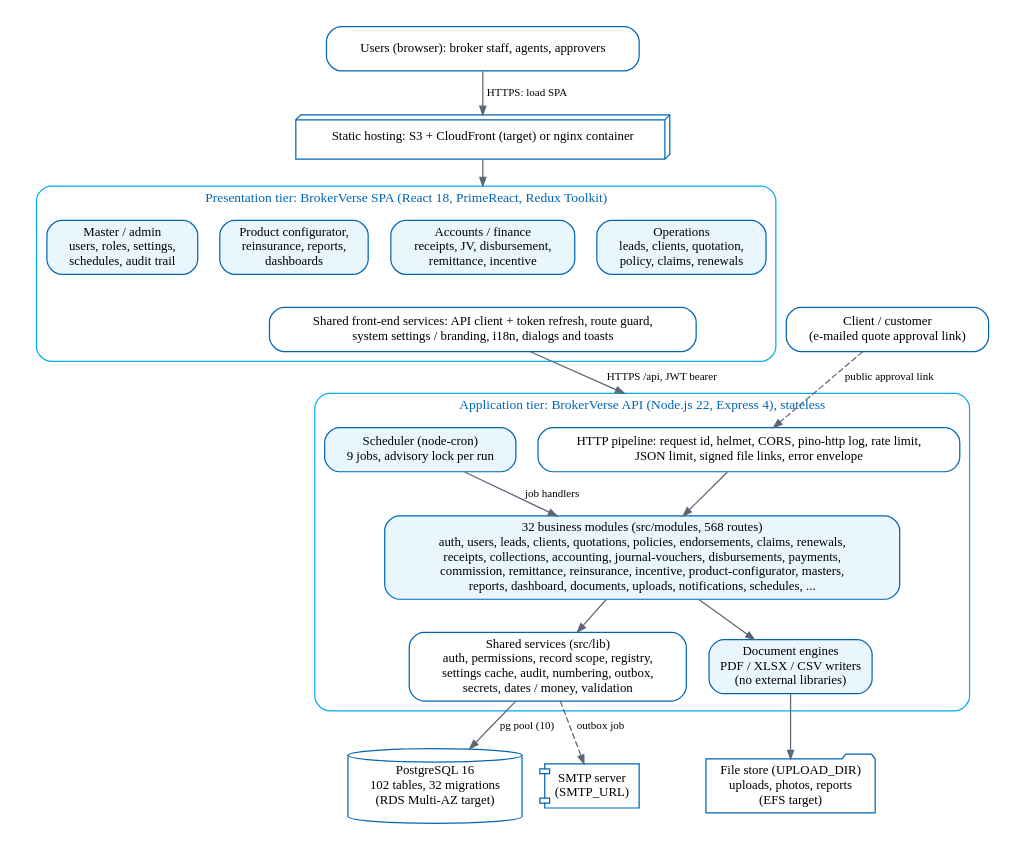
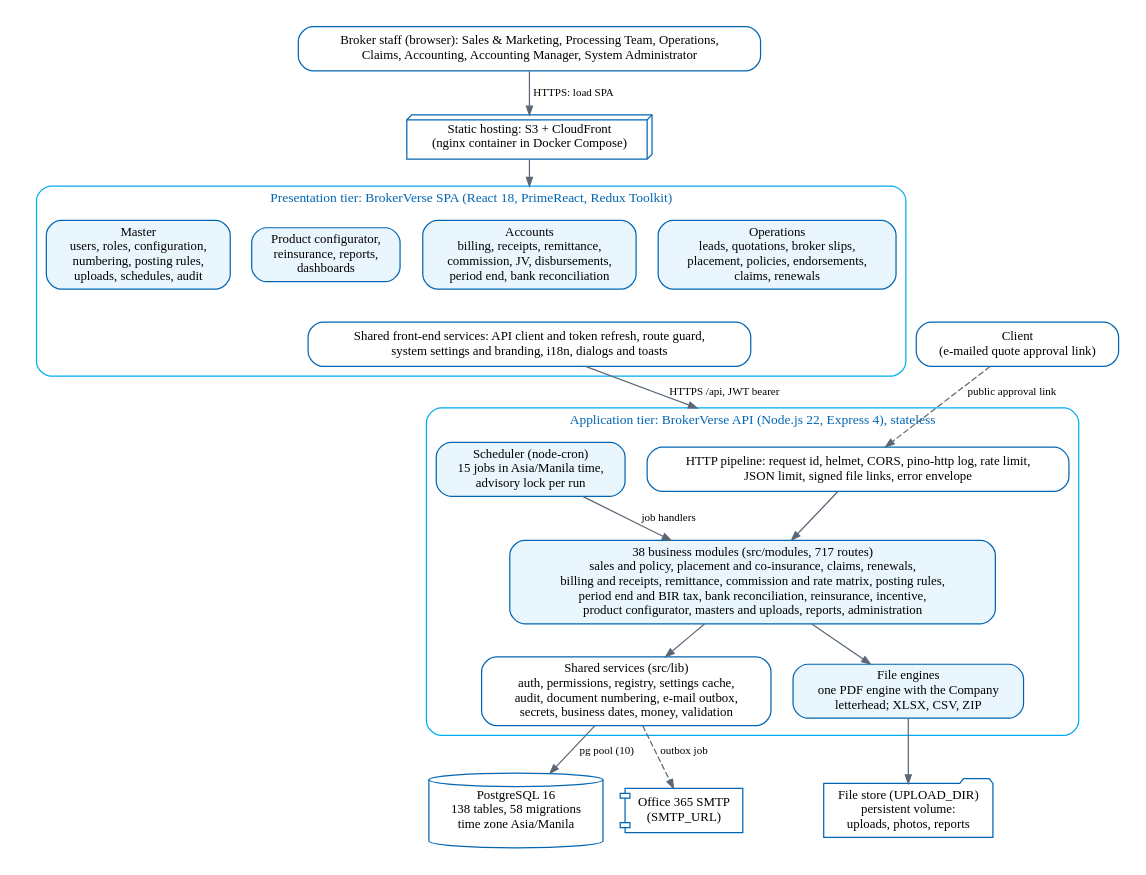
One commit to IortaTexhNXT-DEV/BDOI-OOTB changed the diagram in docs/architecture/diagrams/d01_logical_components.dot. Above: the diagram before and after it, drawn with Graphviz. The commit also changed 33 other files, not shown here.

First line of the commit message:
Architecture diagrams: current modules, broker roles and the deployment on the BrokerVerse URL

```diff
--- a/docs/architecture/diagrams/d01_logical_components.dot
+++ b/docs/architecture/diagrams/d01_logical_components.dot
@@ -1,40 +1,40 @@
-// BrokerVerse logical component view (document 01). Render: python3 ../tools/render_diagrams.py
+// BrokerVerse OOTB logical component view (document 01). Render: python3 ../tools/render_diagrams.py
 digraph G {
   graph [rankdir=TB, fontname="Nunito", fontsize=11, nodesep=0.25, ranksep=0.35, pad=0.2, compound=true, newrank=true];
   node  [shape=box, style="rounded,filled", fillcolor="#EAF6FD", color="#0065B3", fontname="Nunito", fontsize=10.5, margin="0.1,0.05"];
   edge  [color="#5B6776", fontname="Nunito", fontsize=9, arrowsize=0.7];
 
-  user [label="Users (browser): broker staff, agents, approvers", fillcolor="#FFFFFF"];
-  cdn [label="Static hosting: S3 + CloudFront (target) or nginx container", shape=box3d, fillcolor="#FFFFFF"];
-  client [label="Client / customer\n(e-mailed quote approval link)", fillcolor="#FFFFFF"];
+  user [label="Broker staff (browser): Sales & Marketing, Processing Team, Operations,\nClaims, Accounting, Accounting Manager, System Administrator", fillcolor="#FFFFFF"];
+  cdn [label="Static hosting: S3 + CloudFront\n(nginx container in Docker Compose)", shape=box3d, fillcolor="#FFFFFF"];
+  client [label="Client\n(e-mailed quote approval link)", fillcolor="#FFFFFF"];
 
   subgraph cluster_web { label="Presentation tier: BrokerVerse SPA (React 18, PrimeReact, Redux Toolkit)"; style="rounded"; color="#00ACF1"; fontcolor="#0065B3";
-    spa_ops [label="Operations\nleads, clients, quotation,\npolicy, claims, renewals"];
-    spa_fin [label="Accounts / finance\nreceipts, JV, disbursement,\nremittance, incentive"];
+    spa_ops [label="Operations\nleads, quotations, broker slips,\nplacement, policies, endorsements,\nclaims, renewals"];
+    spa_fin [label="Accounts\nbilling, receipts, remittance,\ncommission, JV, disbursements,\nperiod end, bank reconciliation"];
     spa_cfg [label="Product configurator,\nreinsurance, reports,\ndashboards"];
-    spa_adm [label="Master / admin\nusers, roles, settings,\nschedules, audit trail"];
-    spa_core [label="Shared front-end services: API client + token refresh, route guard,\nsystem settings / branding, i18n, dialogs and toasts", fillcolor="#FFFFFF"];
+    spa_adm [label="Master\nusers, roles, configuration,\nnumbering, posting rules,\nuploads, schedules, audit"];
+    spa_core [label="Shared front-end services: API client and token refresh, route guard,\nsystem settings and branding, i18n, dialogs and toasts", fillcolor="#FFFFFF"];
   }
 
   subgraph cluster_api { label="Application tier: BrokerVerse API (Node.js 22, Express 4), stateless"; style="rounded"; color="#00ACF1"; fontcolor="#0065B3";
     pipeline [label="HTTP pipeline: request id, helmet, CORS, pino-http log, rate limit,\nJSON limit, signed file links, error envelope", fillcolor="#FFFFFF"];
-    modules [label="32 business modules (src/modules, 568 routes)\nauth, users, leads, clients, quotations, policies, endorsements, claims, renewals,\nreceipts, collections, accounting, journal-vouchers, disbursements, payments,\ncommission, remittance, reinsurance, incentive, product-configurator, masters,\nreports, dashboard, documents, uploads, notifications, schedules, ..."];
-    sched [label="Scheduler (node-cron)\n9 jobs, advisory lock per run"];
-    shared [label="Shared services (src/lib)\nauth, permissions, record scope, registry,\nsettings cache, audit, numbering, outbox,\nsecrets, dates / money, validation", fillcolor="#FFFFFF"];
-    docs [label="Document engines\nPDF / XLSX / CSV writers\n(no external libraries)"];
+    modules [label="38 business modules (src/modules, 717 routes)\nsales and policy, placement and co-insurance, claims, renewals,\nbilling and receipts, remittance, commission and rate matrix, posting rules,\nperiod end and BIR tax, bank reconciliation, reinsurance, incentive,\nproduct configurator, masters and uploads, reports, administration"];
+    sched [label="Scheduler (node-cron)\n15 jobs in Asia/Manila time,\nadvisory lock per run"];
+    shared [label="Shared services (src/lib)\nauth, permissions, registry, settings cache,\naudit, document numbering, e-mail outbox,\nsecrets, business dates, money, validation", fillcolor="#FFFFFF"];
+    docs [label="File engines\none PDF engine with the Company\nletterhead; XLSX, CSV, ZIP"];
   }
 
-  db [label="PostgreSQL 16\n102 tables, 32 migrations\n(RDS Multi-AZ target)", shape=cylinder, fillcolor="#FFFFFF"];
-  files [label="File store (UPLOAD_DIR)\nuploads, photos, reports\n(EFS target)", shape=folder, fillcolor="#FFFFFF"];
-  smtp [label="SMTP server\n(SMTP_URL)", shape=component, fillcolor="#FFFFFF"];
+  db [label="PostgreSQL 16\n138 tables, 58 migrations\ntime zone Asia/Manila", shape=cylinder, fillcolor="#FFFFFF"];
+  files [label="File store (UPLOAD_DIR)\npersistent volume:\nuploads, photos, reports", shape=folder, fillcolor="#FFFFFF"];
+  smtp [label="Office 365 SMTP\n(SMTP_URL)", shape=component, fillcolor="#FFFFFF"];
 
   user -> cdn [label=" HTTPS: load SPA"];
   cdn -> spa_fin [lhead=cluster_web];
   spa_ops -> spa_core [style=invis]; spa_fin -> spa_core [style=invis]; spa_cfg -> spa_core [style=invis]; spa_adm -> spa_core [style=invis];
   spa_core -> pipeline [label=" HTTPS /api, JWT bearer", lhead=cluster_api];
   client -> pipeline [label=" public approval link", style=dashed];
   pipeline -> modules; sched -> modules [label=" job handlers"]; modules -> shared; modules -> docs;
   shared -> db [label=" pg pool (10)"]; docs -> files; shared -> smtp [label=" outbox job", style=dashed];
   { rank=same; sched; pipeline; }
   { rank=same; db; files; smtp; }
 }
```
